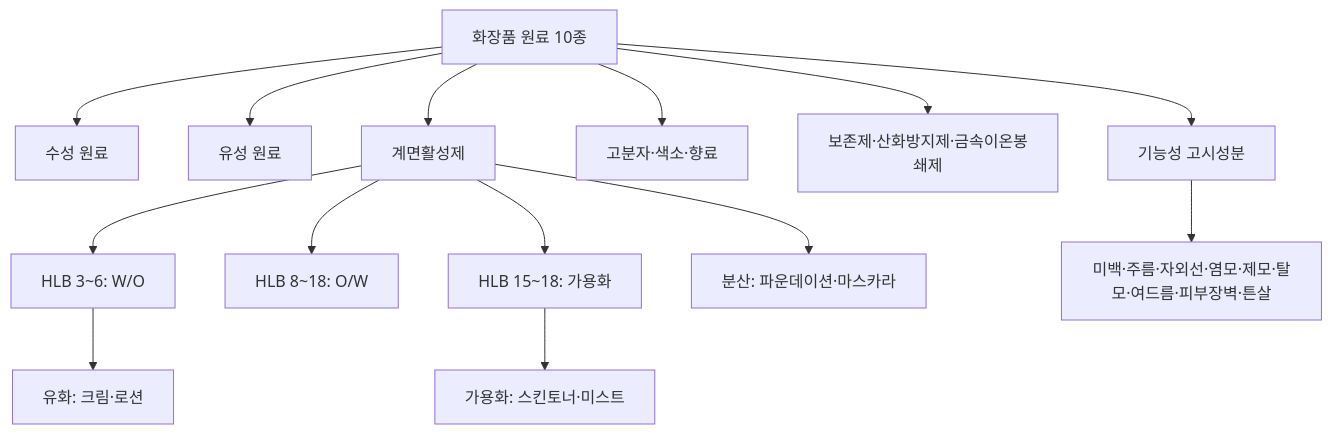
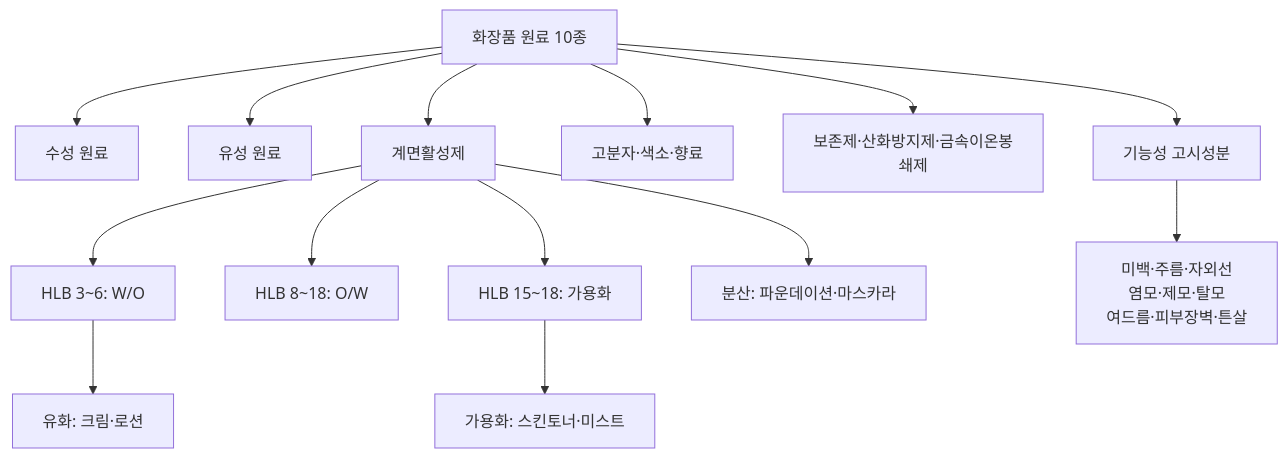
One commit to skygoldlee-cyber/Personalized_Skincare changed the fifth of 5 diagrams in content/참조자료/과목2/2과목_Ch01_원료_핵심암기.md. Above: the diagram before and after it, drawn with Mermaid. The commit also changed other lines of this file and 8 other files, not shown here.

````diff
--- a/content/참조자료/과목2/2과목_Ch01_원료_핵심암기.md
+++ b/content/참조자료/과목2/2과목_Ch01_원료_핵심암기.md
@@ -297,16 +313,16 @@
 ```mermaid
 flowchart TD
   A[화장품 원료 10종] --> B[수성 원료]
   A --> C[유성 원료]
   A --> D[계면활성제]
   A --> E[고분자·색소·향료]
   A --> F[보존제·산화방지제·금속이온봉쇄제]
   A --> G[기능성 고시성분]
   D --> D1[HLB 3~6: W/O]
   D --> D2[HLB 8~18: O/W]
   D --> D3[HLB 15~18: 가용화]
   D1 --> H[유화: 크림·로션]
   D3 --> I[가용화: 스킨토너·미스트]
   D --> J[분산: 파운데이션·마스카라]
-  G --> K[미백·주름·자외선·염모·제모·탈모·여드름·피부장벽·튼살]
+  G --> K[미백·주름·자외선<br/>염모·제모·탈모<br/>여드름·피부장벽·튼살]
 ```
````
